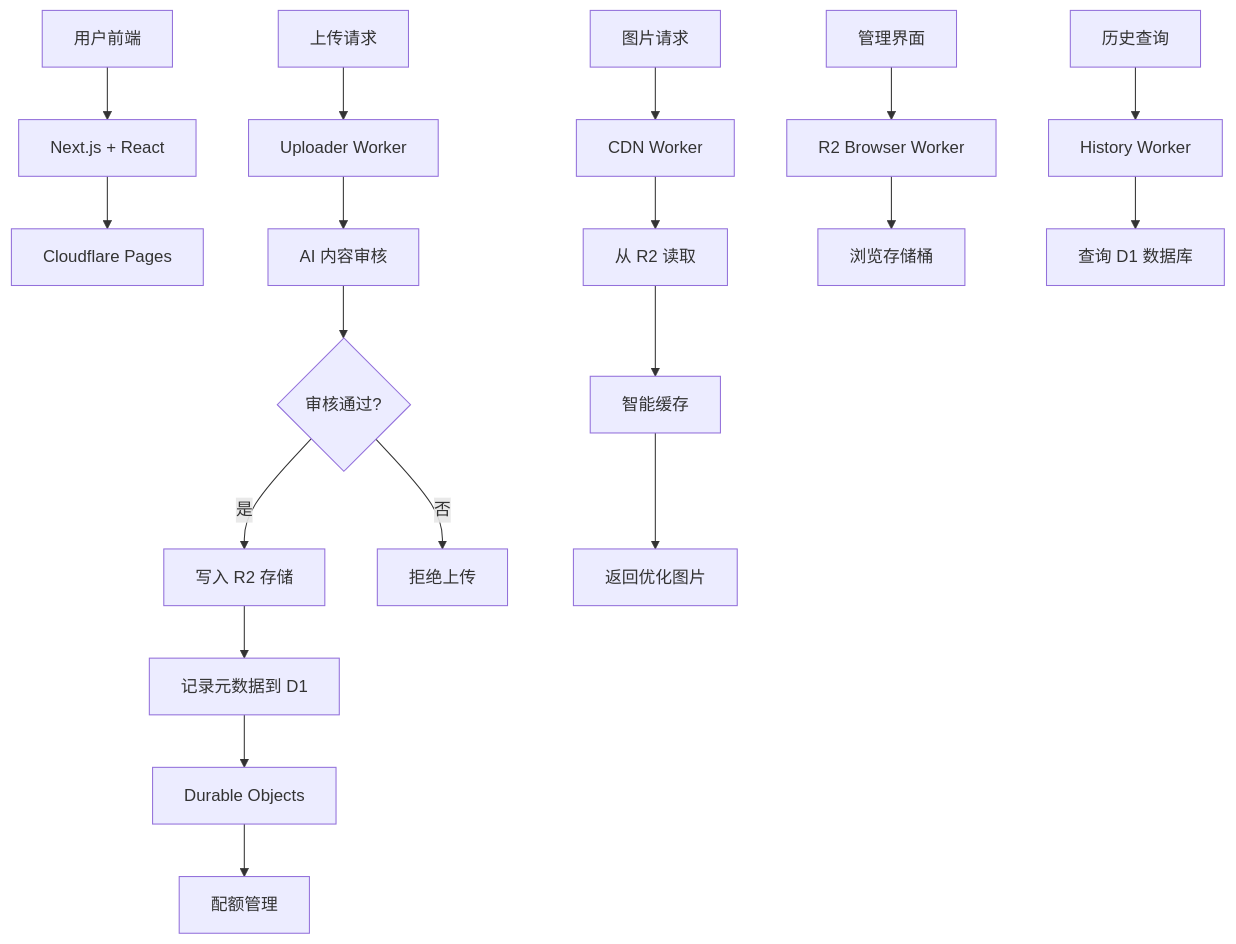
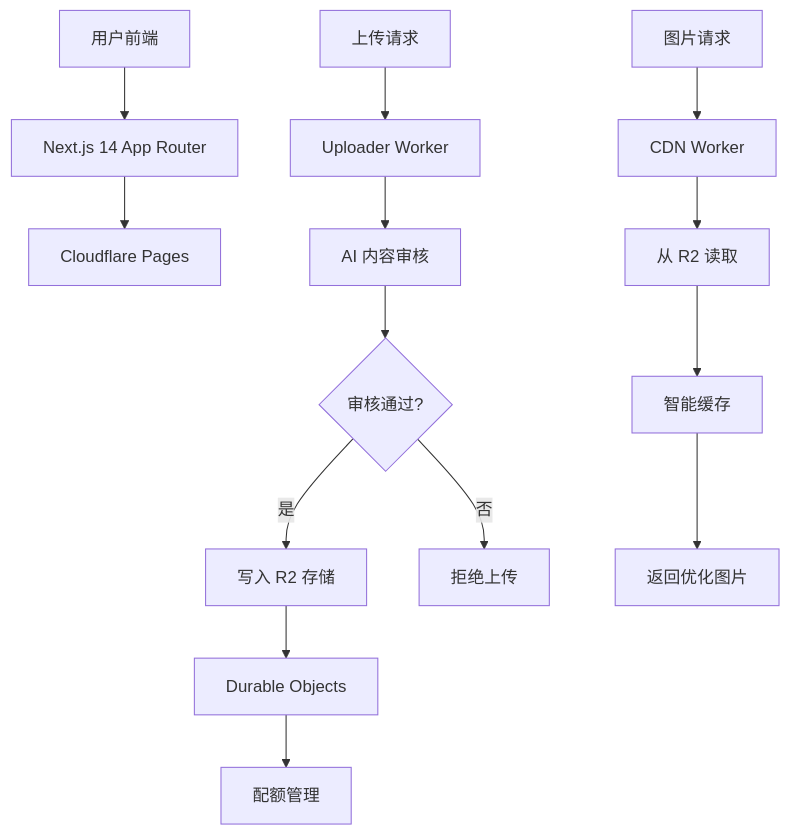
Before and after one commit to KaikiDeishuuu/PicoPics: the diagram in README.md, drawn with Mermaid. The commit also changed other lines of this file and 176 other files, not shown here.

````diff
--- a/README.md
+++ b/README.md
@@ -65,21 +98,16 @@
 ```mermaid
 graph TB
-    A[用户前端] --> B[Next.js + React]
+    A[用户前端] --> B[Next.js 14 App Router]
     B --> C[Cloudflare Pages]
     D[上传请求] --> E[Uploader Worker]
     E --> F[AI 内容审核]
     F --> G{审核通过?}
     G -->|是| H[写入 R2 存储]
     G -->|否| I[拒绝上传]
-    H --> J[记录元数据到 D1]
-    J --> K[Durable Objects]
-    K --> L[配额管理]
+    H --> J[Durable Objects]
+    J --> K[配额管理]
     M[图片请求] --> N[CDN Worker]
     N --> O[从 R2 读取]
     O --> P[智能缓存]
     P --> Q[返回优化图片]
-    R[管理界面] --> S[R2 Browser Worker]
-    S --> T[浏览存储桶]
-    U[历史查询] --> V[History Worker]
-    V --> W[查询 D1 数据库]
 ```
````
